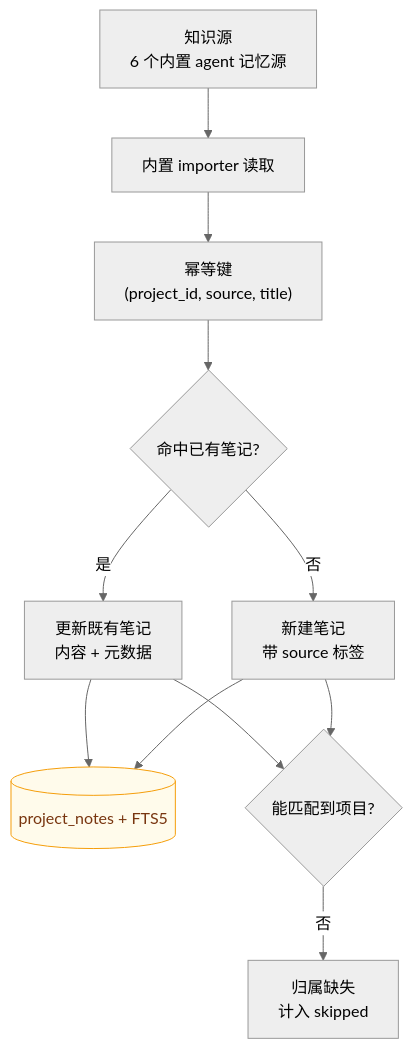
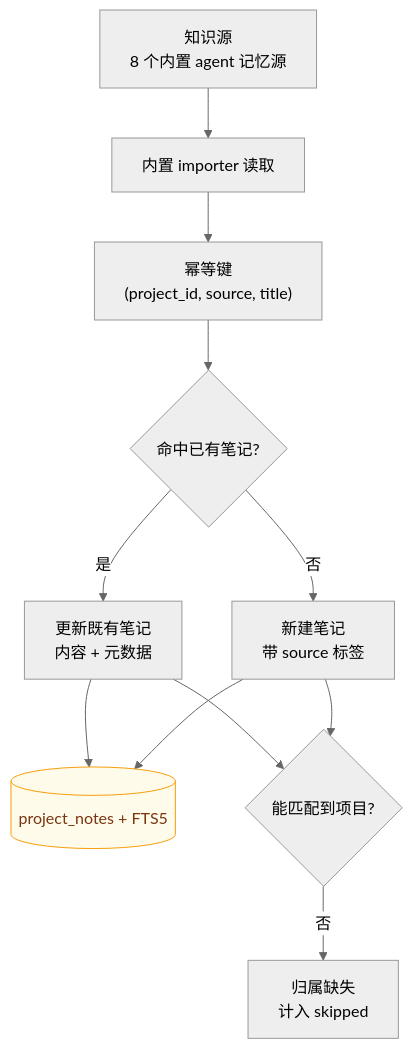
The diagram in docs/plugins/overview.md (sky-jiangcheng/repo-nest), drawn with Mermaid (neutral theme) before and after one commit. The commit also changed other lines of this file and 33 other files, not shown here.

````diff
--- a/docs/plugins/overview.md
+++ b/docs/plugins/overview.md
@@ -12,15 +12,15 @@
 ```mermaid
 flowchart TB
-    SRC["知识源<br/>6 个内置 agent 记忆源"] --> RUN["内置 importer 读取"]
+    SRC["知识源<br/>8 个内置 agent 记忆源"] --> RUN["内置 importer 读取"]
     RUN --> KEY["幂等键<br/>(project_id, source, title)"]
     KEY --> HIT{"命中已有笔记?"}
     HIT -->|"是"| UPD["更新既有笔记<br/>内容 + 元数据"]
     HIT -->|"否"| INS["新建笔记<br/>带 source 标签"]
     UPD --> DB[("project_notes + FTS5")]
     INS --> DB
     UPD --> MATCH{"能匹配到项目?"}
     INS --> MATCH
     MATCH -->|"否"| SKIP["归属缺失<br/>计入 skipped"]
         classDef store fill:#fffbeb,stroke:#f59e0b,color:#78350f
     class DB store
 ```
````
